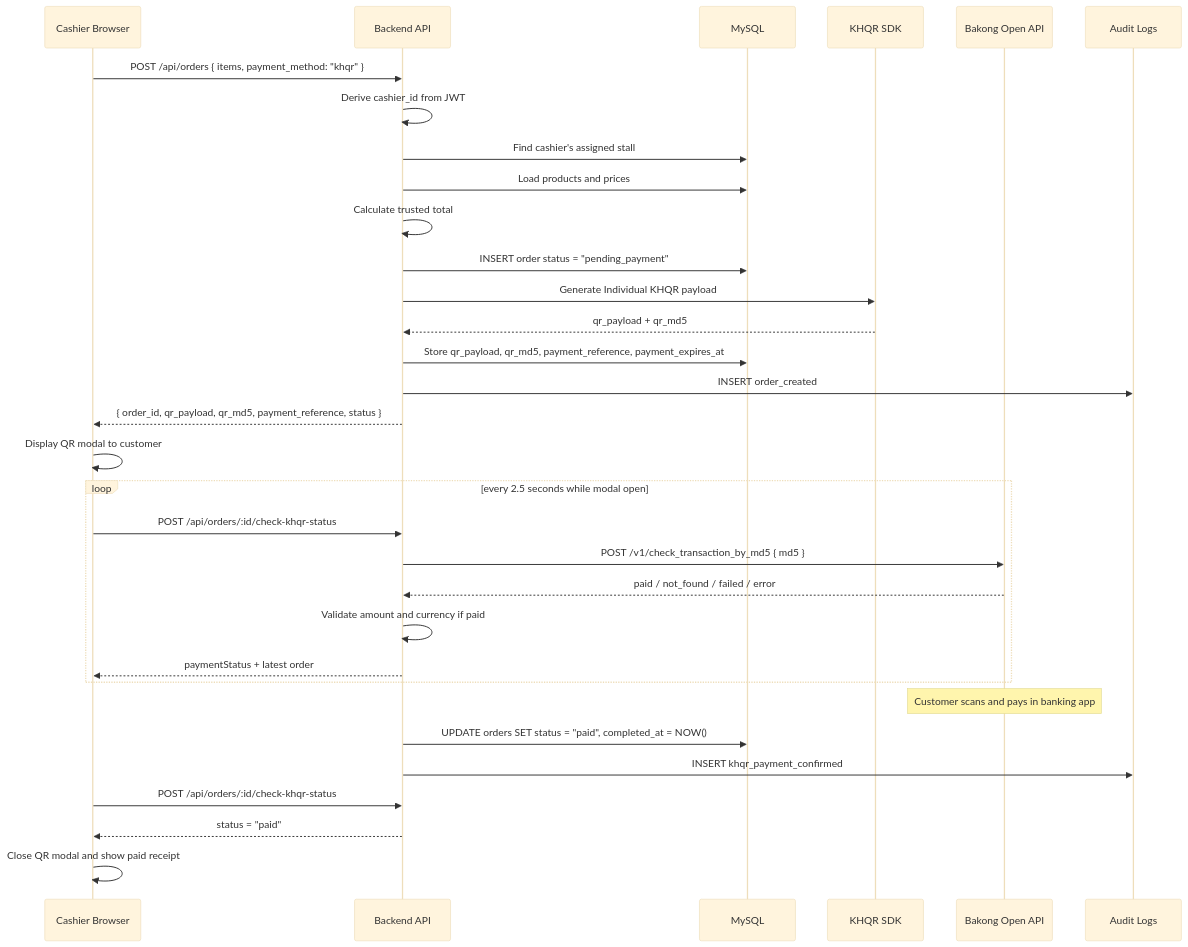
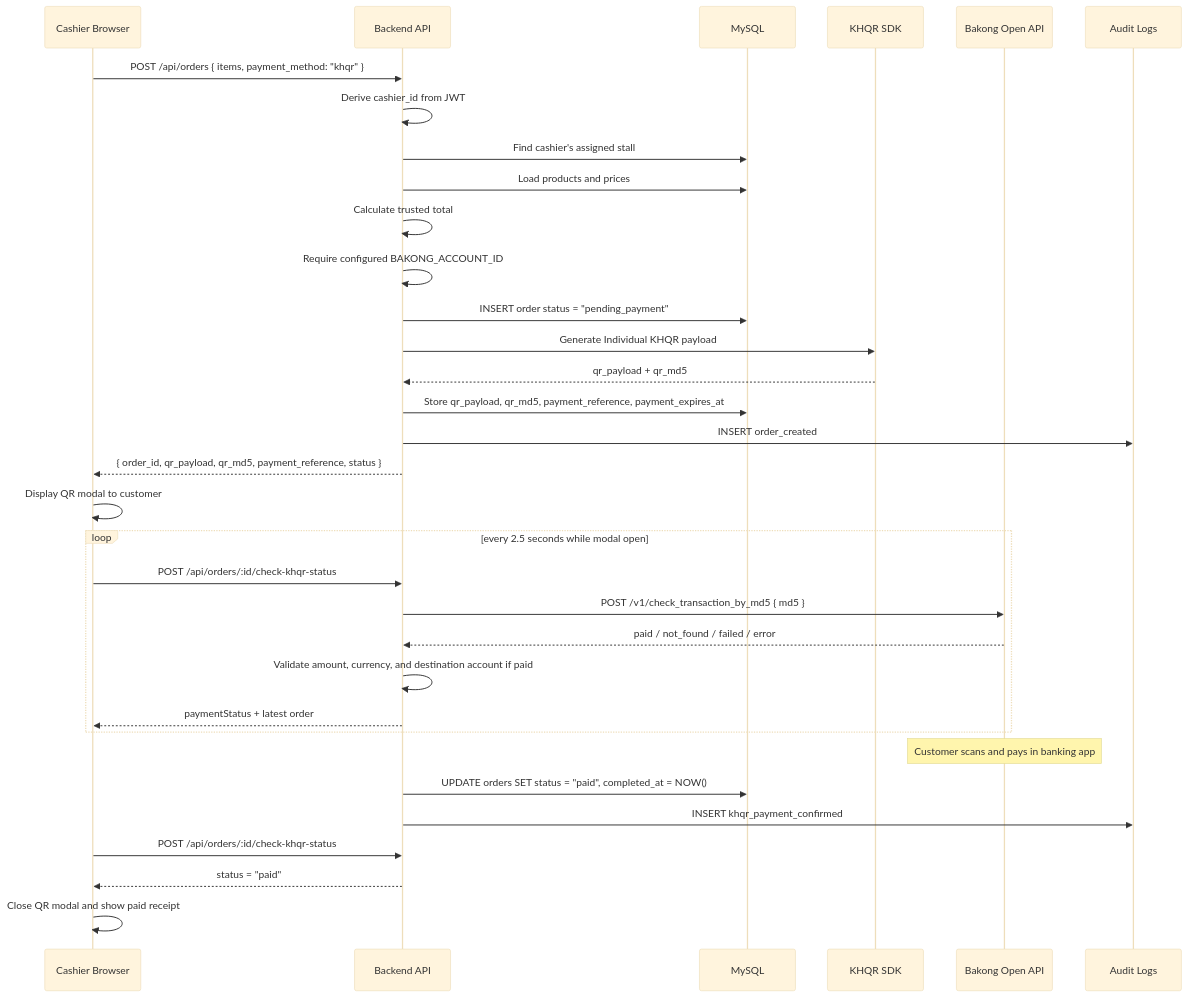
One commit to sothyvan/TOUB_POS changed the second of 2 diagrams in docs/design/payment-flow.md. Above: the diagram before and after it, drawn with Mermaid (base theme). The commit also changed other lines of this file and 33 other files, not shown here.

Commit message:
Refactor user roles and authentication flow

````diff
--- a/docs/design/payment-flow.md
+++ b/docs/design/payment-flow.md
@@ -68,37 +68,38 @@
 ```mermaid
 sequenceDiagram
     participant C as Cashier Browser
     participant API as Backend API
     participant DB as MySQL
     participant KHQR as KHQR SDK
     participant B as Bakong Open API
     participant AUD as Audit Logs
 
     C->>API: POST /api/orders { items, payment_method: "khqr" }
     API->>API: Derive cashier_id from JWT
     API->>DB: Find cashier's assigned stall
     API->>DB: Load products and prices
     API->>API: Calculate trusted total
+    API->>API: Require configured BAKONG_ACCOUNT_ID
     API->>DB: INSERT order status = "pending_payment"
     API->>KHQR: Generate Individual KHQR payload
     KHQR-->>API: qr_payload + qr_md5
     API->>DB: Store qr_payload, qr_md5, payment_reference, payment_expires_at
     API->>AUD: INSERT order_created
     API-->>C: { order_id, qr_payload, qr_md5, payment_reference, status }
 
     C->>C: Display QR modal to customer
     loop every 2.5 seconds while modal open
       C->>API: POST /api/orders/:id/check-khqr-status
       API->>B: POST /v1/check_transaction_by_md5 { md5 }
       B-->>API: paid / not_found / failed / error
-      API->>API: Validate amount and currency if paid
+      API->>API: Validate amount, currency, and destination account if paid
       API-->>C: paymentStatus + latest order
     end
 
     Note over B: Customer scans and pays in banking app
     API->>DB: UPDATE orders SET status = "paid", completed_at = NOW()
     API->>AUD: INSERT khqr_payment_confirmed
     C->>API: POST /api/orders/:id/check-khqr-status
     API-->>C: status = "paid"
     C->>C: Close QR modal and show paid receipt
 ```
````
